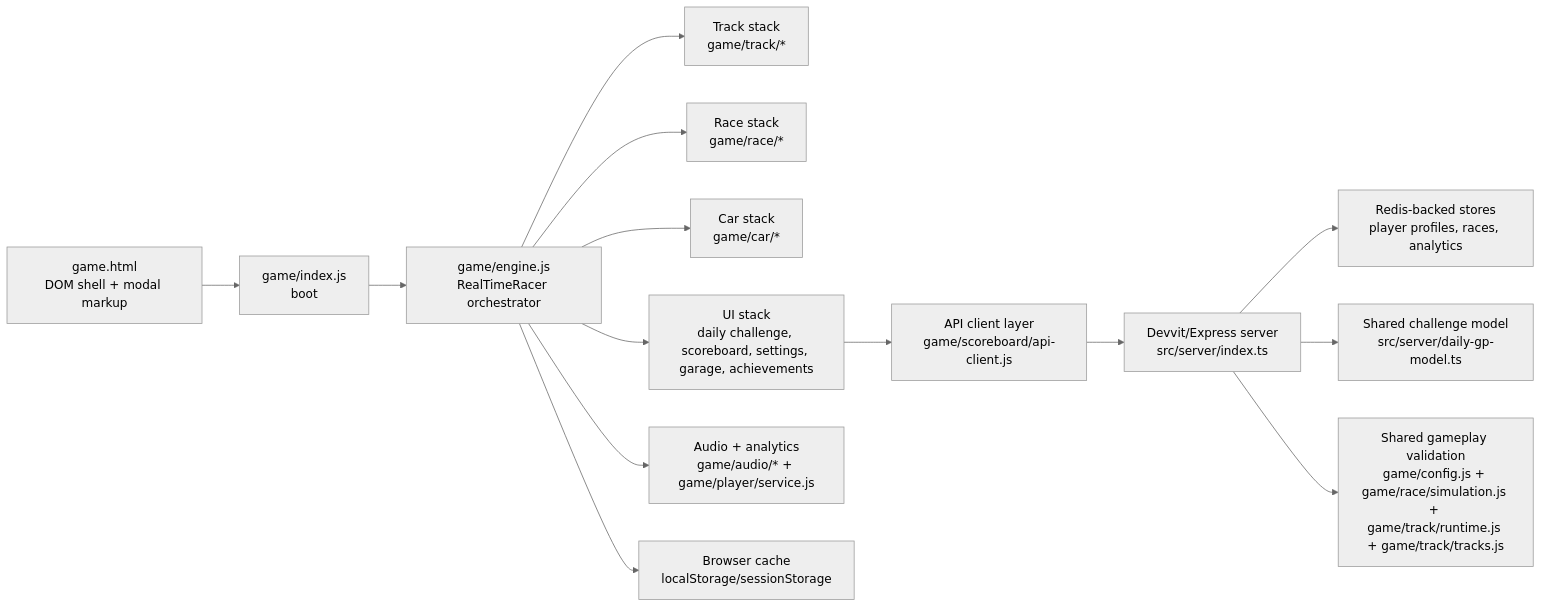
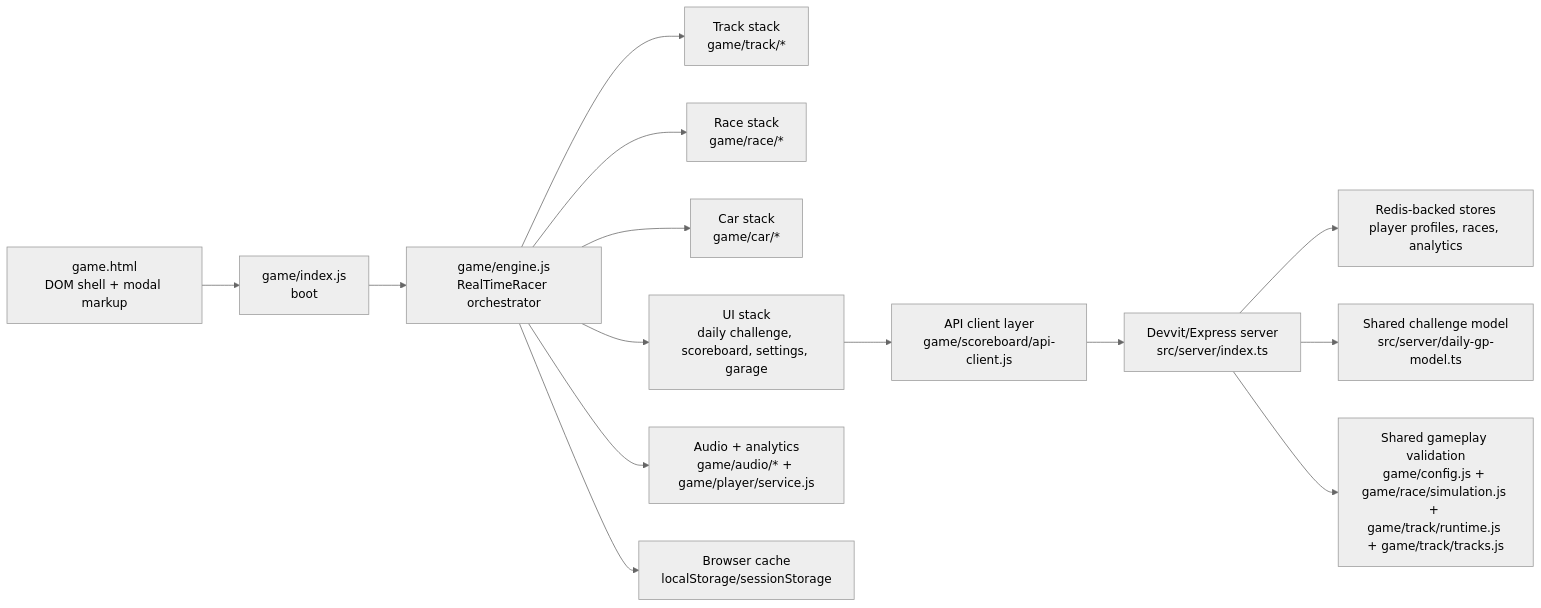
The diagram in docs/system-change-map.md (shimrut/mini-racer), drawn with Mermaid (neutral theme) before and after one commit. The commit also changed 13 other files, not shown here.

````diff
--- a/docs/system-change-map.md
+++ b/docs/system-change-map.md
@@ -20,19 +20,19 @@
 ```mermaid
 flowchart LR
     A["game.html<br/>DOM shell + modal markup"] --> B["game/index.js<br/>boot"]
     B --> C["game/engine.js<br/>RealTimeRacer orchestrator"]
 
     C --> D["Track stack<br/>game/track/*"]
     C --> E["Race stack<br/>game/race/*"]
     C --> F["Car stack<br/>game/car/*"]
-    C --> G["UI stack<br/>daily challenge, scoreboard, settings, garage, achievements"]
+    C --> G["UI stack<br/>daily challenge, scoreboard, settings, garage"]
     C --> H["Audio + analytics<br/>game/audio/* + game/player/service.js"]
     C --> I["Browser cache<br/>localStorage/sessionStorage"]
 
     G --> J["API client layer<br/>game/scoreboard/api-client.js"]
     J --> K["Devvit/Express server<br/>src/server/index.ts"]
     K --> L["Redis-backed stores<br/>player profiles, races, analytics"]
 
     K --> M["Shared challenge model<br/>src/server/daily-gp-model.ts"]
     K --> N["Shared gameplay validation<br/>game/config.js + game/race/simulation.js + game/track/runtime.js + game/track/tracks.js"]
 ```
````
